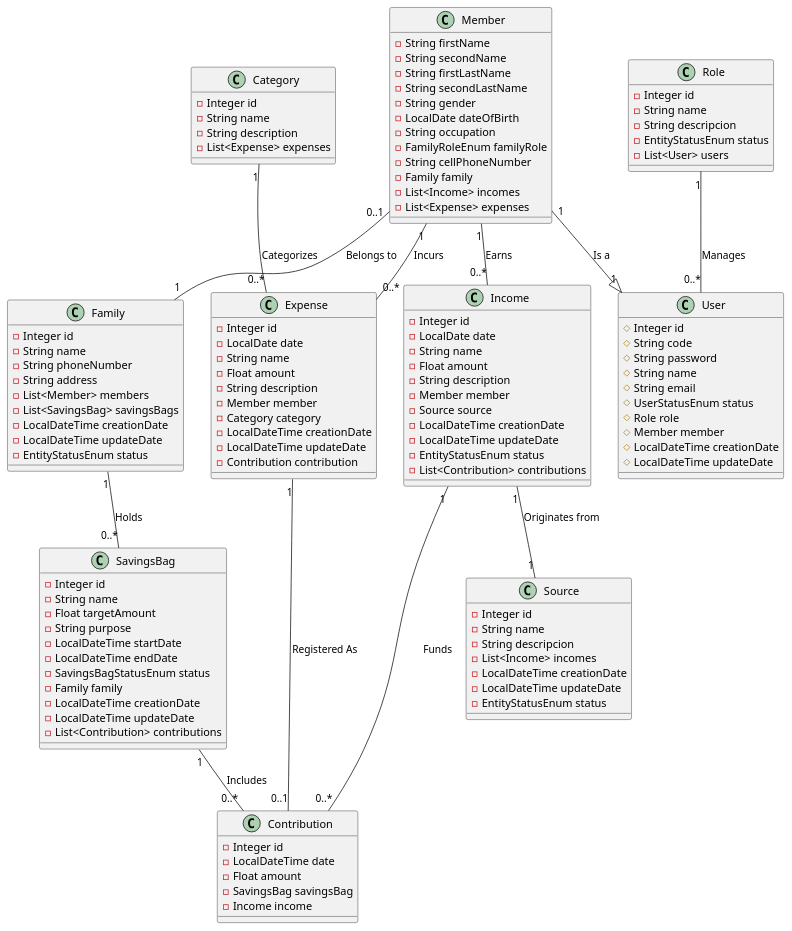
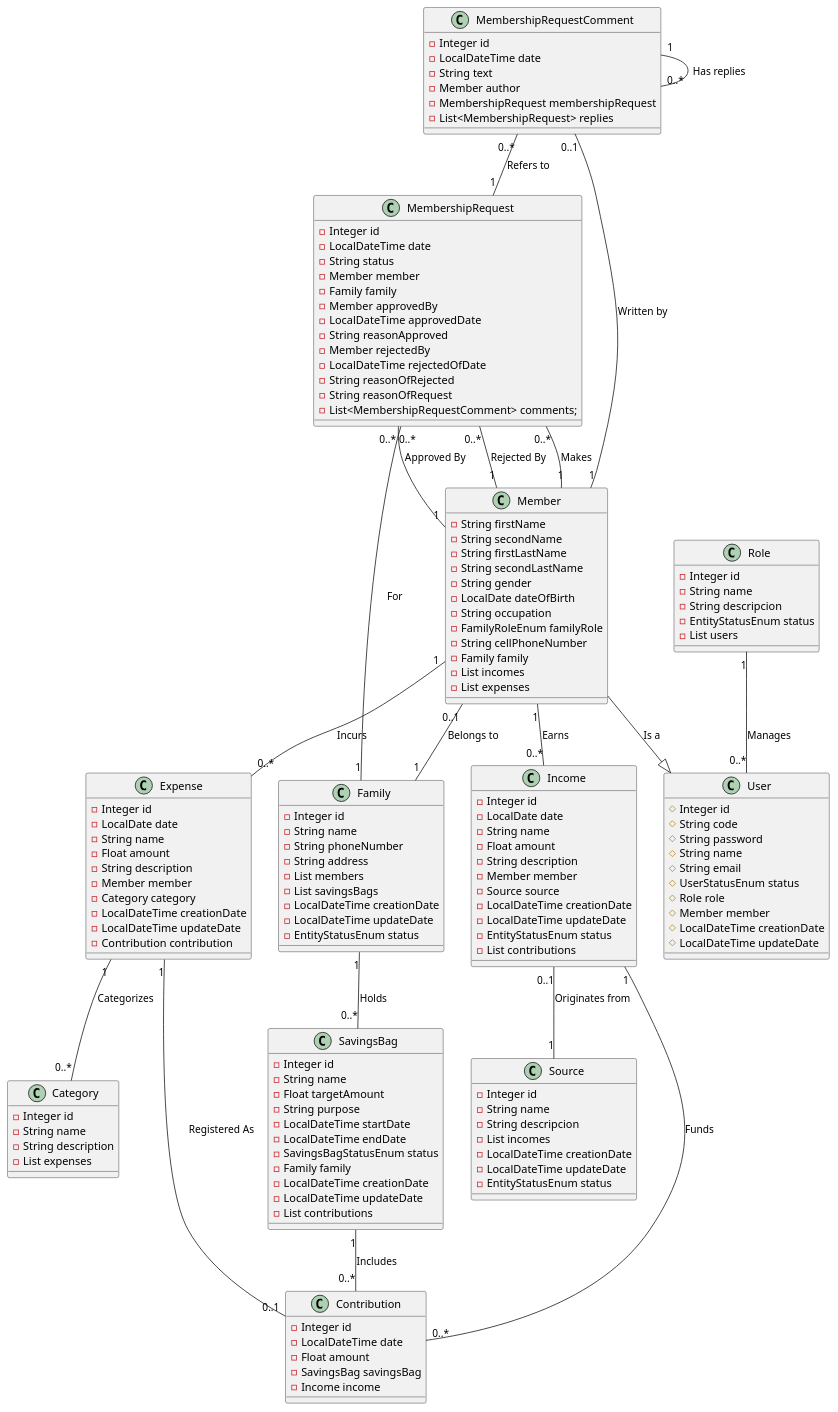
Before and after one commit to arrietajohn/JFamilyFinances: the diagram in src/FamilyFinances/Documentation/Diagrama-De-Clases-Modelo-Conceptual.puml, drawn with PlantUML. The commit also changed 25 other files, not shown here.

Commit message:
Creación de la solicitud de pertenecer a una familia cuando se crea un miembro nuevo. Definición de la clase de Dominio.Model para representar los comentarios que los miembros de una familia hacen a las solicitudes para ser miembros.

```diff
--- a/src/FamilyFinances/Documentation/Diagrama-De-Clases-Modelo-Conceptual.puml
+++ b/src/FamilyFinances/Documentation/Diagrama-De-Clases-Modelo-Conceptual.puml
@@ -1,131 +1,163 @@
 @startuml
-' Diagrama que representa los objetos (Conceptos de Negocio)
+    ' Diagrama que representa los objetos (Conceptos de Negocio)
 
-class Category {
-    - Integer id
-    - String name
-    - String description
-    - List<Expense> expenses
-}
+    class Category {
+        - Integer id
+        - String name
+        - String description
+        - List expenses
+    }
 
-class User {
-    # Integer id
-    # String code
-    # String password
-    # String name
-    # String email
-    # UserStatusEnum status
-    # Role role
-    # Member member
-    # LocalDateTime creationDate
-    # LocalDateTime updateDate
-}
+    class User {
+        # Integer id
+        # String code
+        # String password
+        # String name
+        # String email
+        # UserStatusEnum status
+        # Role role
+        # Member member
+        # LocalDateTime creationDate
+        # LocalDateTime updateDate
+    }
 
-class Source {
-    - Integer id
-    - String name
-    - String descripcion
-    - List<Income> incomes
-    - LocalDateTime creationDate
-    - LocalDateTime updateDate
-    - EntityStatusEnum status
-}
+    class Source {
+        - Integer id
+        - String name
+        - String descripcion
+        - List incomes
+        - LocalDateTime creationDate
+        - LocalDateTime updateDate
+        - EntityStatusEnum status
+    }
 
-class SavingsBag {
-    - Integer id
-    - String name
-    - Float targetAmount
-    - String purpose
-    - LocalDateTime startDate
-    - LocalDateTime endDate
-    - SavingsBagStatusEnum status
-    - Family family
-    - LocalDateTime creationDate
-    - LocalDateTime updateDate
-    - List<Contribution> contributions
-}
+    class SavingsBag {
+        - Integer id
+        - String name
+        - Float targetAmount
+        - String purpose
+        - LocalDateTime startDate
+        - LocalDateTime endDate
+        - SavingsBagStatusEnum status
+        - Family family
+        - LocalDateTime creationDate
+        - LocalDateTime updateDate
+        - List contributions
+    }
 
-class Role {
-    - Integer id
-    - String name
-    - String descripcion
-    - EntityStatusEnum status
-    - List<User> users
-}
+    class Role {
+        - Integer id
+        - String name
+        - String descripcion
+        - EntityStatusEnum status
+        - List users
+    }
 
-class Member  {
-    - String firstName
-    - String secondName
-    - String firstLastName
-    - String secondLastName
-    - String gender
-    - LocalDate dateOfBirth
-    - String occupation
-    - FamilyRoleEnum familyRole
-    - String cellPhoneNumber
-    - Family family
-    - List<Income> incomes
-    - List<Expense> expenses
-}
+    class Member  {
+        - String firstName
+        - String secondName
+        - String firstLastName
+        - String secondLastName
+        - String gender
+        - LocalDate dateOfBirth
+        - String occupation
+        - FamilyRoleEnum familyRole
+        - String cellPhoneNumber
+        - Family family
+        - List incomes
+        - List expenses
+    }
 
-class Income {
-    - Integer id
-    - LocalDate date
-    - String name
-    - Float amount
-    - String description
-    - Member member
-    - Source source
-    - LocalDateTime creationDate
-    - LocalDateTime updateDate
-    - EntityStatusEnum status
-    - List<Contribution> contributions
-}
+    class Income {
+        - Integer id
+        - LocalDate date
+        - String name
+        - Float amount
+        - String description
+        - Member member
+        - Source source
+        - LocalDateTime creationDate
+        - LocalDateTime updateDate
+        - EntityStatusEnum status
+        - List contributions
+    }
 
-class Family {
-    - Integer id
-    - String name
-    - String phoneNumber
-    - String address
-    - List<Member> members
-    - List<SavingsBag> savingsBags
-    - LocalDateTime creationDate
-    - LocalDateTime updateDate
-    - EntityStatusEnum status
-}
+    class Family {
+        - Integer id
+        - String name
+        - String phoneNumber
+        - String address
+        - List members
+        - List savingsBags
+        - LocalDateTime creationDate
+        - LocalDateTime updateDate
+        - EntityStatusEnum status
+    }
 
-class Expense {
-    - Integer id
-    - LocalDate date
-    - String name
-    - Float amount
-    - String description
-    - Member member
-    - Category category
-    - LocalDateTime creationDate
-    - LocalDateTime updateDate
-    - Contribution contribution
-}
+    class Expense {
+        - Integer id
+        - LocalDate date
+        - String name
+        - Float amount
+        - String description
+        - Member member
+        - Category category
+        - LocalDateTime creationDate
+        - LocalDateTime updateDate
+        - Contribution contribution
+    }
 
-class Contribution {
-    - Integer id
-    - LocalDateTime date
-    - Float amount
-    - SavingsBag savingsBag
-    - Income income
-}
+    class Contribution {
+        - Integer id
+        - LocalDateTime date
+        - Float amount
+        - SavingsBag savingsBag
+        - Income income
+    }
 
+    class MembershipRequest {
+        - Integer id
+        - LocalDateTime date
+        - String status
+        - Member member
+        - Family family
+        - Member approvedBy
+        - LocalDateTime approvedDate
+        - String reasonApproved
+        - Member rejectedBy
+        - LocalDateTime rejectedOfDate
+        - String reasonOfRejected
+        - String reasonOfRequest
+        - List<MembershipRequestComment> comments;
 
-Role "1" -- "0..*" User : Manages
-Member "1" --|> "1" User : Is a
-Member "0..1" -- "1" Family : Belongs to
-Member "1" -- "0..*" Income : Earns
-Member "1" -- "0..*" Expense : Incurs
-Income "1" -- "1" Source : Originates from
-Category "1" -- "0..*" Expense : Categorizes
-Family "1" -- "0..*" SavingsBag : Holds
-SavingsBag "1" -- "0..*" Contribution : Includes
-Income "1" -- "0..*" Contribution : Funds
-Expense "1" -- "0..1" Contribution : Registered As
+    }
+
+    class MembershipRequestComment {
+        - Integer id
+        - LocalDateTime date
+        - String text
+        - Member author
+        - MembershipRequest membershipRequest
+        - List<MembershipRequest> replies
+    }
+
+    Role "1" -- "0..*" User : Manages
+    Member --|>  User : Is a
+    Member "0..1" -- "1" Family : Belongs to
+    Member "1" -- "0..*" Income : Earns
+    Member "1" -- "0..*" Expense : Incurs
+    Income "0..1" -- "1" Source : Originates from
+    Expense "1" -- "0..*" Category : Categorizes
+    Family "1" -- "0..*" SavingsBag : Holds
+    SavingsBag "1" -- "0..*" Contribution : Includes
+    Income "1" -- "0..*" Contribution : Funds
+    Expense "1" -- "0..1" Contribution : Registered As
+    MembershipRequest "0..*" -- "1" Member : Makes
+    MembershipRequest "0..*" -- "1" Family : For
+    MembershipRequest "0..*" -- "1" Member : Approved By
+    MembershipRequest "0..*" -- "1" Member : Rejected By
+    MembershipRequestComment "0..*" -- "1" MembershipRequest : Refers to
+    MembershipRequestComment "0..1" -- "1" Member : Written by
+    MembershipRequestComment "1" -- "0..*" MembershipRequestComment : Has replies
 
 @enduml
```
